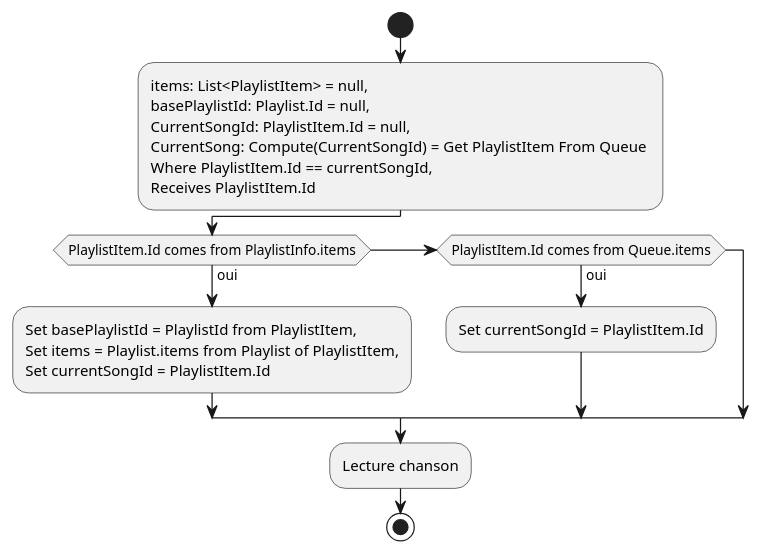
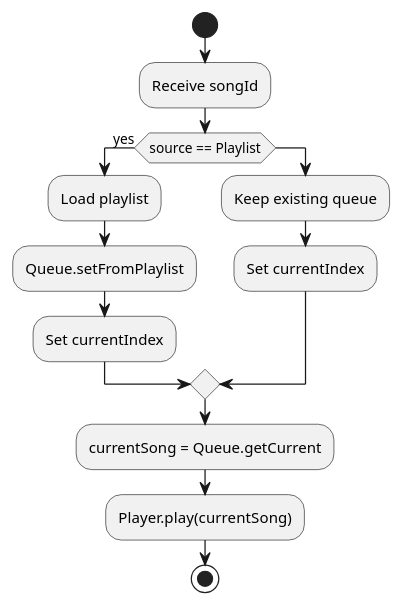
The fifth of 7 diagrams in documentation/Player_conception.md (Yao-DPK/Music_Server), drawn with PlantUML before and after one commit. The commit also changed other lines of this file and 5 other files, not shown here.

````diff
--- a/documentation/Player_conception.md
+++ b/documentation/Player_conception.md
@@ -29,22 +151,19 @@
 ```plantuml
 @startuml
 start
-:items: List<PlaylistItem> = null, 
-basePlaylistId: Playlist.Id = null,
-CurrentSongId: PlaylistItem.Id = null, 
-CurrentSong: Compute(CurrentSongId) = Get PlaylistItem From Queue 
-Where PlaylistItem.Id == currentSongId,
-Receives PlaylistItem.Id;
-if (PlaylistItem.Id comes from PlaylistInfo.items) then (oui)
-  :Set basePlaylistId = PlaylistId from PlaylistItem, 
-  Set items = Playlist.items from Playlist of PlaylistItem,
-  Set currentSongId = PlaylistItem.Id;
+:Receive songId;
 
-else if (PlaylistItem.Id comes from Queue.items) then (oui)
-  :Set currentSongId = PlaylistItem.Id;
+if (source == Playlist) then (yes)
+  :Load playlist;
+  :Queue.setFromPlaylist;
+  :Set currentIndex;
+else
+  :Keep existing queue;
+  :Set currentIndex;
 endif
 
-:Lecture chanson;
+:currentSong = Queue.getCurrent;
+:Player.play(currentSong);
 stop
 @enduml
 ```
````
